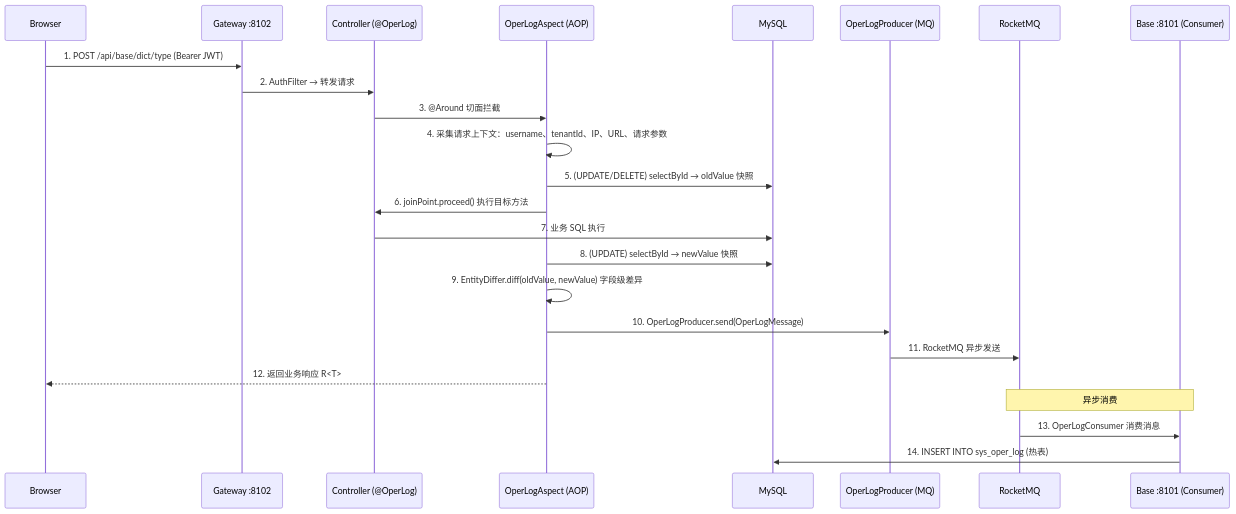
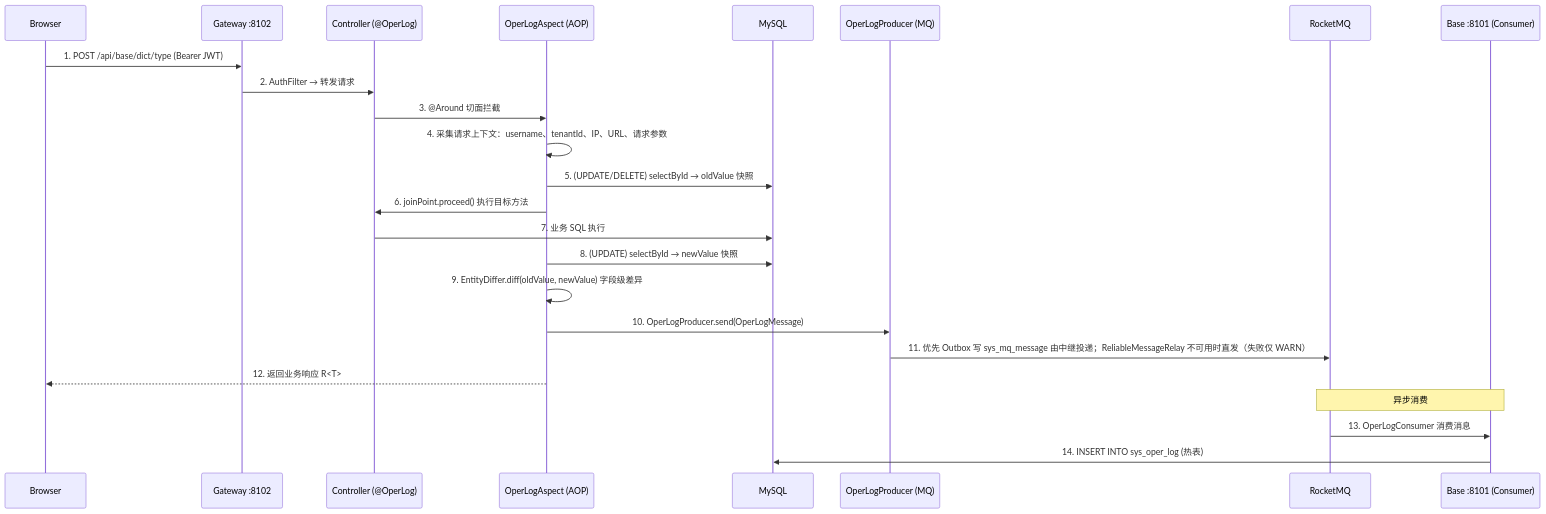
One commit to wang-baohai/Omni-Stack changed the ninth of 19 diagrams in docs/core-flows.md. Above: the diagram before and after it, drawn with Mermaid. The commit also changed other lines of this file and 1443 other files, not shown here.

````diff
--- a/docs/core-flows.md
+++ b/docs/core-flows.md
@@ -1213,28 +1213,28 @@
 ```mermaid
 sequenceDiagram
     participant B as Browser
     participant G as Gateway :8102
     participant C as Controller (@OperLog)
     participant A as OperLogAspect (AOP)
     participant M as MySQL
     participant P as OperLogProducer (MQ)
     participant Q as RocketMQ
     participant Base as Base :8101 (Consumer)
 
     B->>G: 1. POST /api/base/dict/type (Bearer JWT)
     G->>C: 2. AuthFilter → 转发请求
     C->>A: 3. @Around 切面拦截
     A->>A: 4. 采集请求上下文：username、tenantId、IP、URL、请求参数
     A->>M: 5. (UPDATE/DELETE) selectById → oldValue 快照
     A->>C: 6. joinPoint.proceed() 执行目标方法
     C->>M: 7. 业务 SQL 执行
     A->>M: 8. (UPDATE) selectById → newValue 快照
     A->>A: 9. EntityDiffer.diff(oldValue, newValue) 字段级差异
     A->>P: 10. OperLogProducer.send(OperLogMessage)
-    P->>Q: 11. RocketMQ 异步发送
+    P->>Q: 11. 优先 Outbox 写 sys_mq_message 由中继投递；ReliableMessageRelay 不可用时直发（失败仅 WARN）
     A-->>B: 12. 返回业务响应 R<T>
 
     Note over Q,Base: 异步消费
     Q->>Base: 13. OperLogConsumer 消费消息
     Base->>M: 14. INSERT INTO sys_oper_log (热表)
 ```
````
